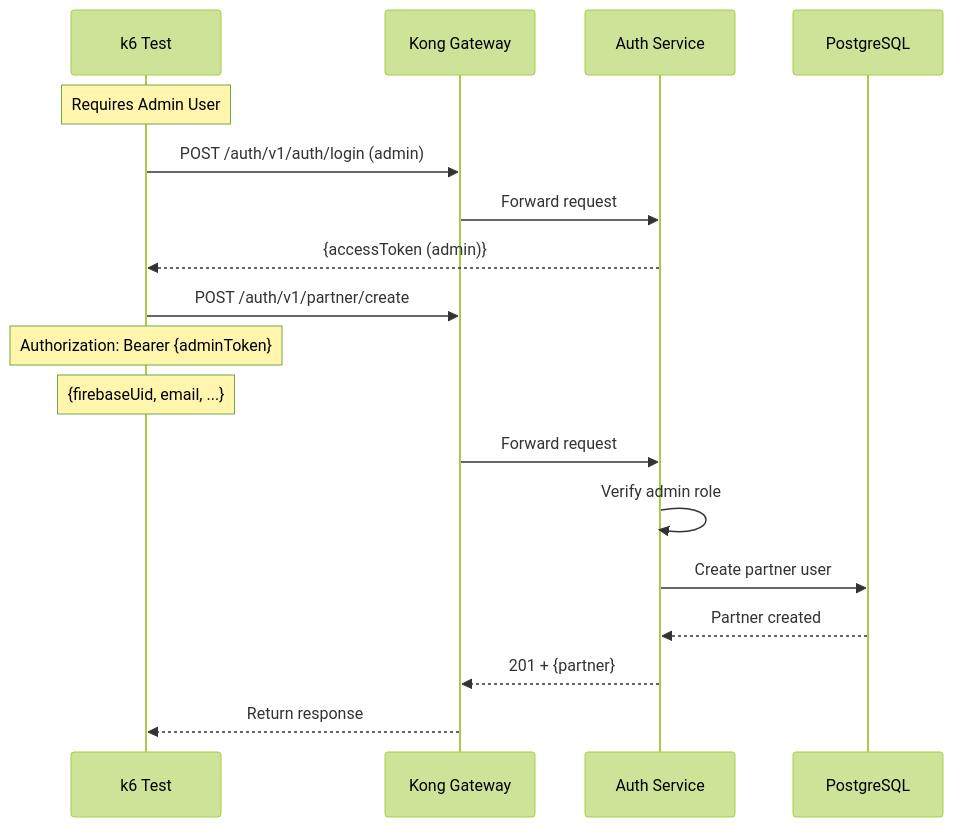
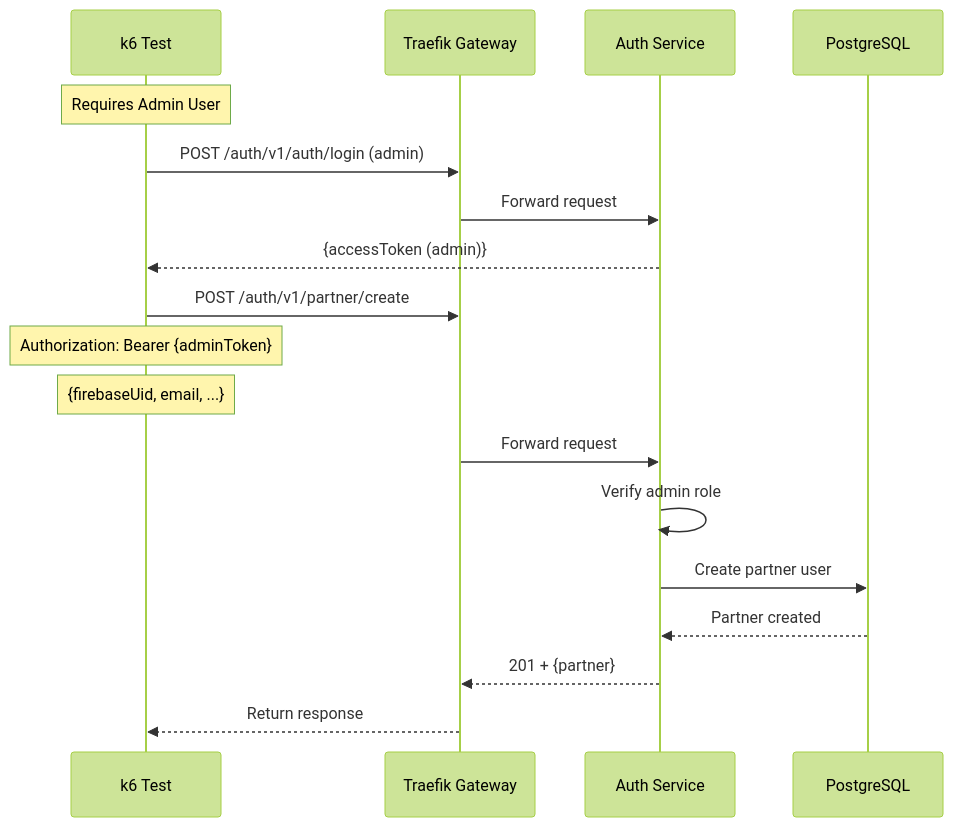
Before and after one commit to tinhthanh/nestjs-microservices: the diagram in k6-tests/src/services/auth/test-partner-create.md, drawn with Mermaid (forest theme). The commit also changed 47 other files, not shown here.

````diff
--- a/k6-tests/src/services/auth/test-partner-create.md
+++ b/k6-tests/src/services/auth/test-partner-create.md
@@ -5,22 +5,22 @@
 ```mermaid
 sequenceDiagram
     participant K6 as k6 Test
-    participant Kong as Kong Gateway
+    participant Traefik as Traefik Gateway
     participant Auth as Auth Service
     participant DB as PostgreSQL
 
     Note over K6: Requires Admin User
-    K6->>Kong: POST /auth/v1/auth/login (admin)
-    Kong->>Auth: Forward request
+    K6->>Traefik: POST /auth/v1/auth/login (admin)
+    Traefik->>Auth: Forward request
     Auth-->>K6: {accessToken (admin)}
     
-    K6->>Kong: POST /auth/v1/partner/create
+    K6->>Traefik: POST /auth/v1/partner/create
     Note over K6: Authorization: Bearer {adminToken}
     Note over K6: {firebaseUid, email, ...}
-    Kong->>Auth: Forward request
+    Traefik->>Auth: Forward request
     Auth->>Auth: Verify admin role
     Auth->>DB: Create partner user
     DB-->>Auth: Partner created
-    Auth-->>Kong: 201 + {partner}
-    Kong-->>K6: Return response
+    Auth-->>Traefik: 201 + {partner}
+    Traefik-->>K6: Return response
 ```
````
